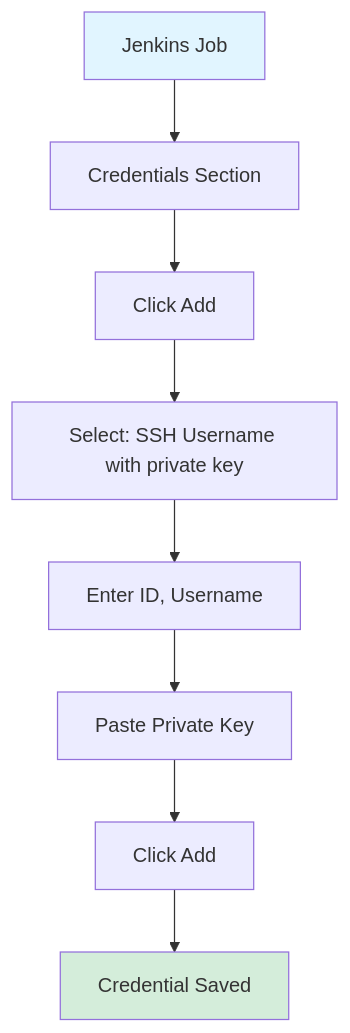
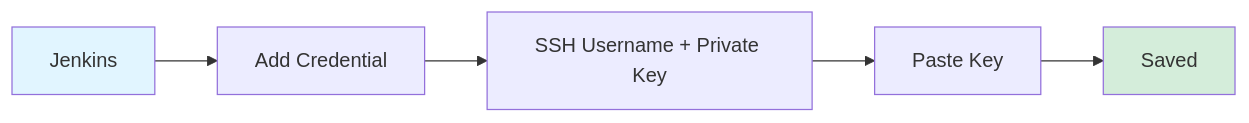
The fifth of 9 diagrams in README.md (onurglr/github-ssh-jenkins-tutorial), drawn with Mermaid before and after one commit. The commit also changed other lines of this file and 4 other files, not shown here.

````diff
--- a/README.md
+++ b/README.md
@@ -181,13 +149,7 @@
 ```mermaid
-graph TD
-    A[Jenkins Job] --> B[Credentials Section]
-    B --> C[Click Add]
-    C --> D[Select: SSH Username with private key]
-    D --> E[Enter ID, Username]
-    E --> F[Paste Private Key]
-    F --> G[Click Add]
-    G --> H[Credential Saved]
+graph LR
+    A[Jenkins] --> B[Add Credential] --> C[SSH Username + Private Key] --> D[Paste Key] --> E[Saved]
     
     style A fill:#e1f5ff
-    style H fill:#d4edda
+    style E fill:#d4edda
 ```
````
